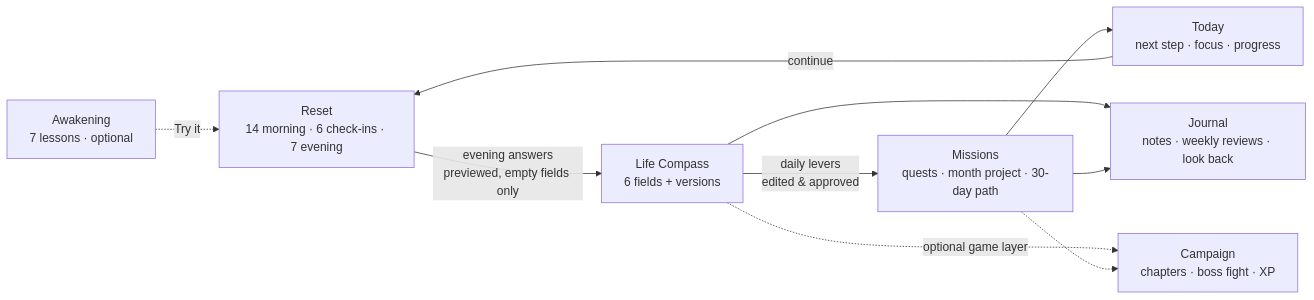
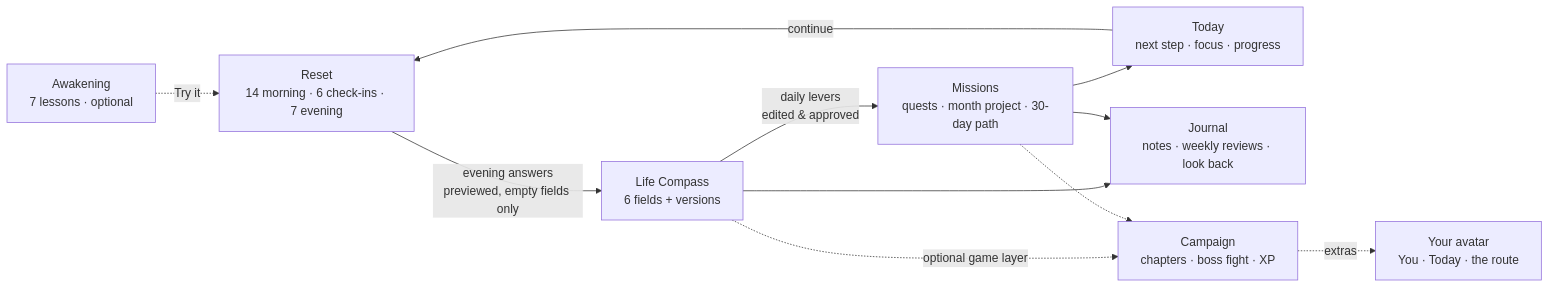
One commit to gabsioussema/cartharise changed the diagram in README.md. Above: the diagram before and after it, drawn with Mermaid. The commit also changed other lines of this file and 2 other files, not shown here.

First line of the commit message:
README: the avatar, Your strategist card, kept extras and XP previews

````diff
--- a/README.md
+++ b/README.md
@@ -170,12 +173,13 @@
 ```mermaid
 flowchart LR
     L["Awakening<br/>7 lessons · optional"] -.->|Try it| R
     R["Reset<br/>14 morning · 6 check-ins · 7 evening"] -->|evening answers<br/>previewed, empty fields only| C["Life Compass<br/>6 fields + versions"]
     C -->|daily levers<br/>edited & approved| M["Missions<br/>quests · month project · 30-day path"]
     M --> T["Today<br/>next step · focus · progress"]
     T -->|continue| R
     C --> J["Journal<br/>notes · weekly reviews · look back"]
     M --> J
     C -.->|optional game layer| G["Campaign<br/>chapters · boss fight · XP"]
     M -.-> G
+    G -.->|extras| A["Your avatar<br/>You · Today · the route"]
 ```
````
